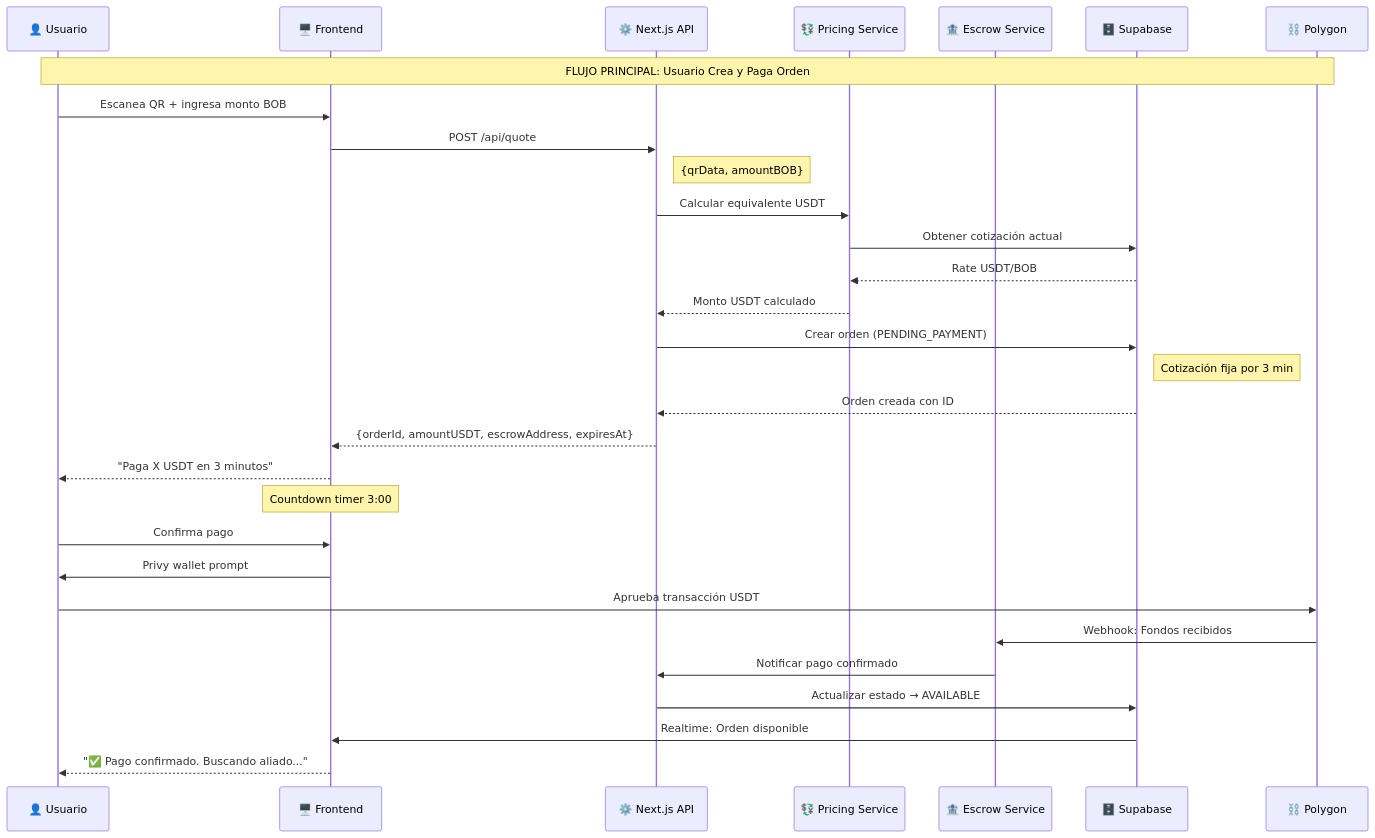
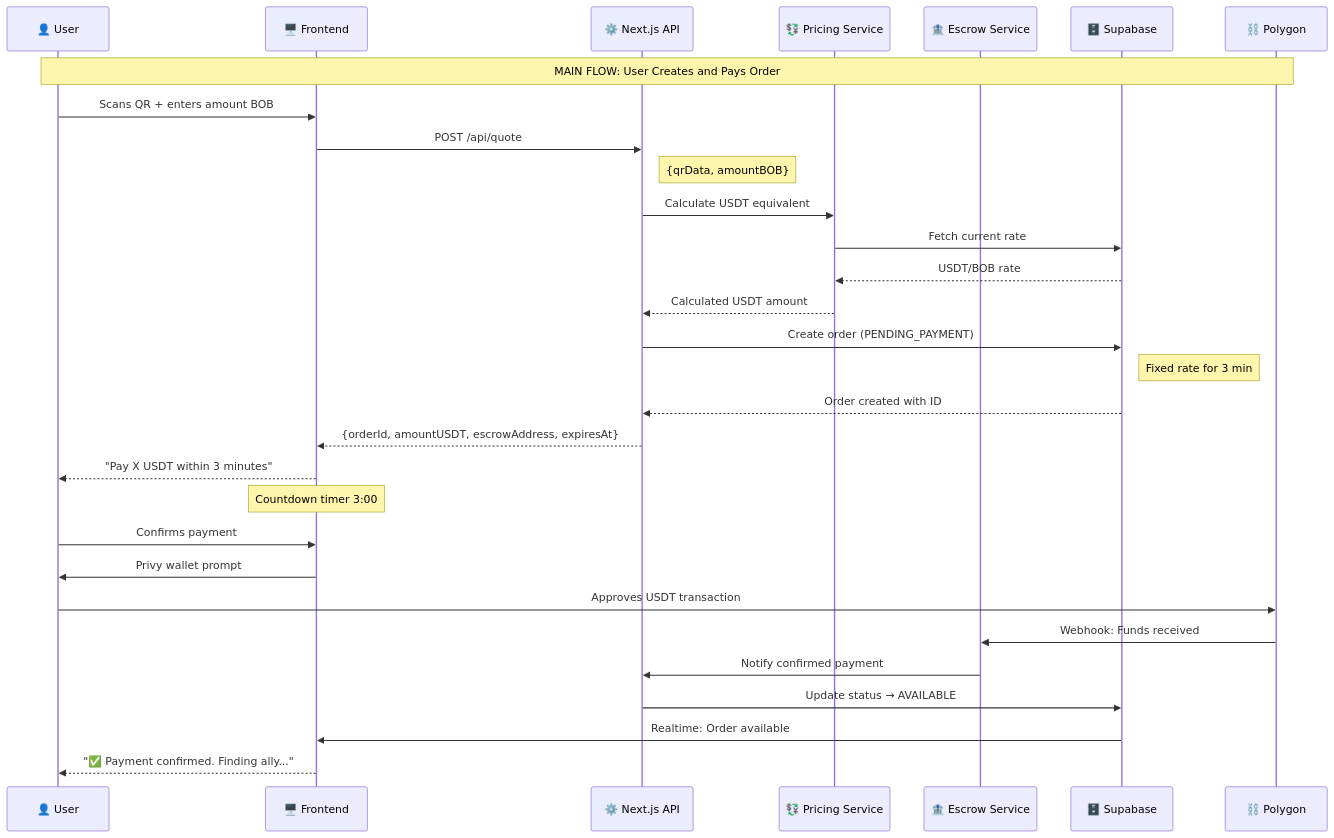
The fourth of 6 diagrams in 01-arquitectura-sistema.md (kibo-project/Kibo-Wiki), drawn with Mermaid before and after one commit. The commit also changed other lines of this file, not shown here.

````diff
--- a/01-arquitectura-sistema.md
+++ b/01-arquitectura-sistema.md
@@ -238,39 +238,39 @@
 ```mermaid
 sequenceDiagram
-    participant U as 👤 Usuario
+    participant U as 👤 User
     participant F as 🖥️ Frontend
     participant API as ⚙️ Next.js API
     participant P as 💱 Pricing Service
     participant E as 🏦 Escrow Service
     participant DB as 🗄️ Supabase
     participant BC as ⛓️ Polygon
 
-    Note over U,BC: FLUJO PRINCIPAL: Usuario Crea y Paga Orden
+    Note over U,BC: MAIN FLOW: User Creates and Pays Order
 
-    U->>F: Escanea QR + ingresa monto BOB
+    U->>F: Scans QR + enters amount BOB
     F->>API: POST /api/quote
     Note right of API: {qrData, amountBOB}
     
-    API->>P: Calcular equivalente USDT
-    P->>DB: Obtener cotización actual
-    DB-->>P: Rate USDT/BOB
-    P-->>API: Monto USDT calculado
+    API->>P: Calculate USDT equivalent
+    P->>DB: Fetch current rate
+    DB-->>P: USDT/BOB rate
+    P-->>API: Calculated USDT amount
     
-    API->>DB: Crear orden (PENDING_PAYMENT)
-    Note right of DB: Cotización fija por 3 min
-    DB-->>API: Orden creada con ID
+    API->>DB: Create order (PENDING_PAYMENT)
+    Note right of DB: Fixed rate for 3 min
+    DB-->>API: Order created with ID
     
     API-->>F: {orderId, amountUSDT, escrowAddress, expiresAt}
-    F-->>U: "Paga X USDT en 3 minutos"
+    F-->>U: "Pay X USDT within 3 minutes"
     
     Note over F: Countdown timer 3:00
-    U->>F: Confirma pago
+    U->>F: Confirms payment
     F->>U: Privy wallet prompt
-    U->>BC: Aprueba transacción USDT
+    U->>BC: Approves USDT transaction
     
-    BC->>E: Webhook: Fondos recibidos
-    E->>API: Notificar pago confirmado
-    API->>DB: Actualizar estado → AVAILABLE
-    DB->>F: Realtime: Orden disponible
-    F-->>U: "✅ Pago confirmado. Buscando aliado..."
+    BC->>E: Webhook: Funds received
+    E->>API: Notify confirmed payment
+    API->>DB: Update status → AVAILABLE
+    DB->>F: Realtime: Order available
+    F-->>U: "✅ Payment confirmed. Finding ally..."
 ```
````
